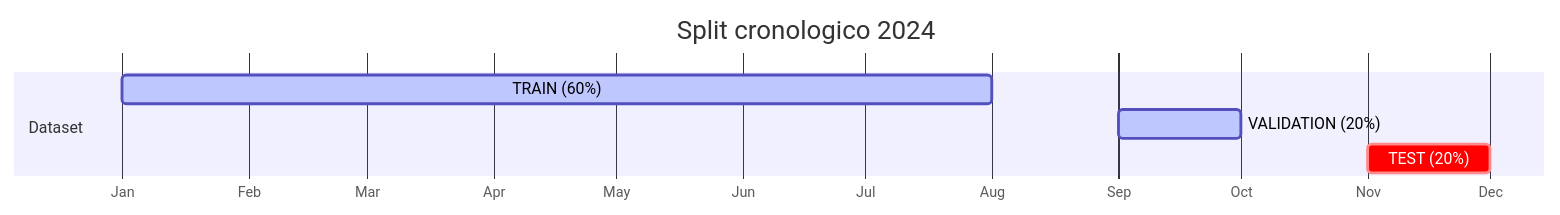
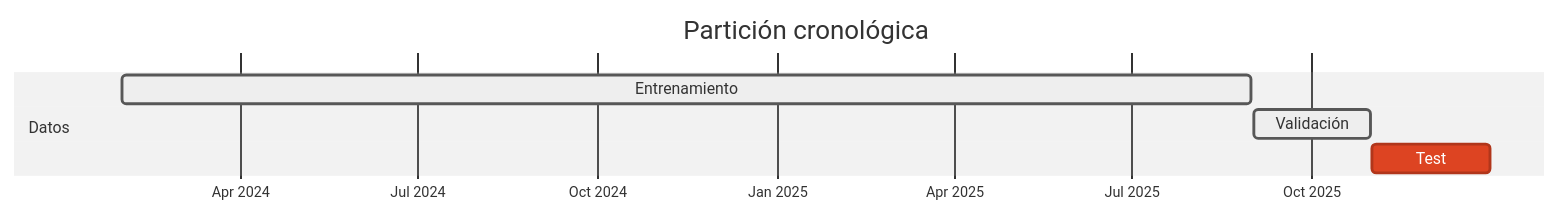
The third of 3 diagrams in README.md (albertxestrada/ProyectoAprendizajeSupervisado), drawn with Mermaid before and after one commit. The commit also changed other lines of this file and 1 other file, not shown here.

````diff
--- a/README.md
+++ b/README.md
@@ -407,11 +280,12 @@
 ```mermaid
+%%{init: {'theme':'neutral'}}%%
 gantt
-    title Split cronologico 2024
-    dateFormat  YYYY-MM
-    axisFormat  %b
+    title Partición cronológica
+    dateFormat YYYY-MM-DD
+    axisFormat %b %Y
 
-    section Dataset
-    TRAIN (60%)         :active, train, 2024-01, 2024-08
-    VALIDATION (20%)    :active, val, 2024-09, 2024-10
-    TEST (20%)          :crit, test, 2024-11, 2024-12
+    section Datos
+    Entrenamiento   :active, train, 2024-02-01, 2025-08-31
+    Validación      :active, val, 2025-09-01, 2025-10-31
+    Test            :crit, test, 2025-11-01, 2025-12-31
 ```
````
